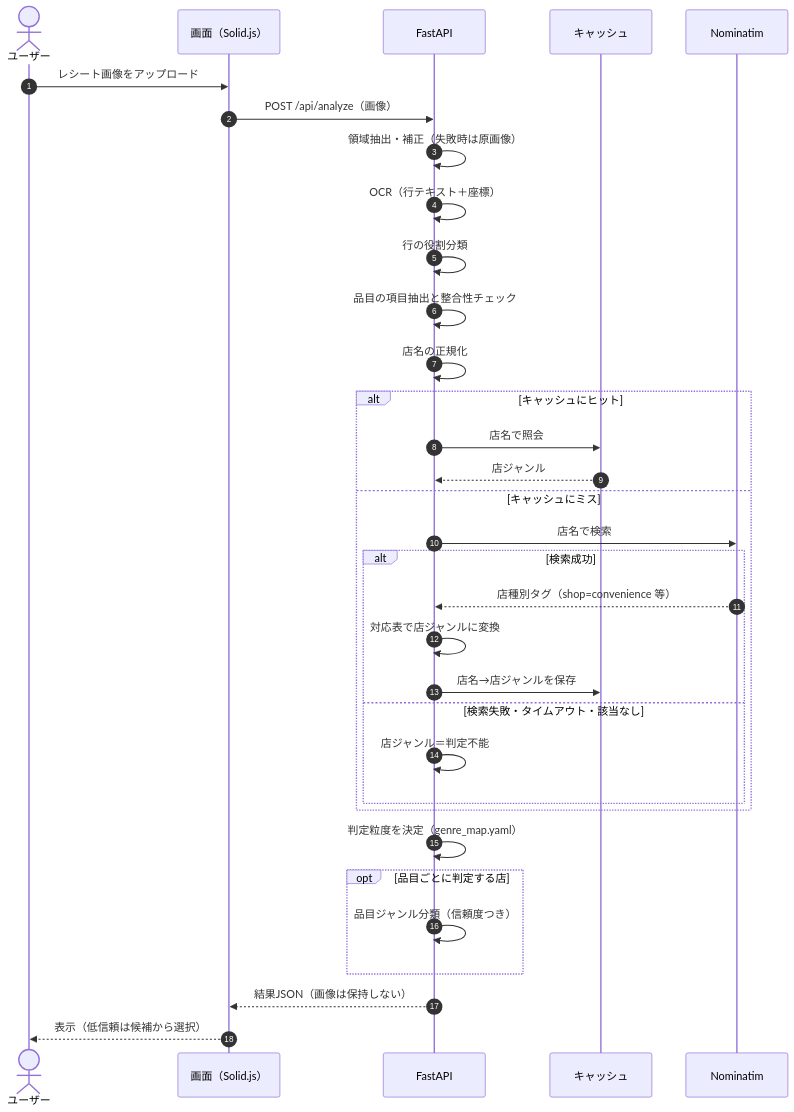
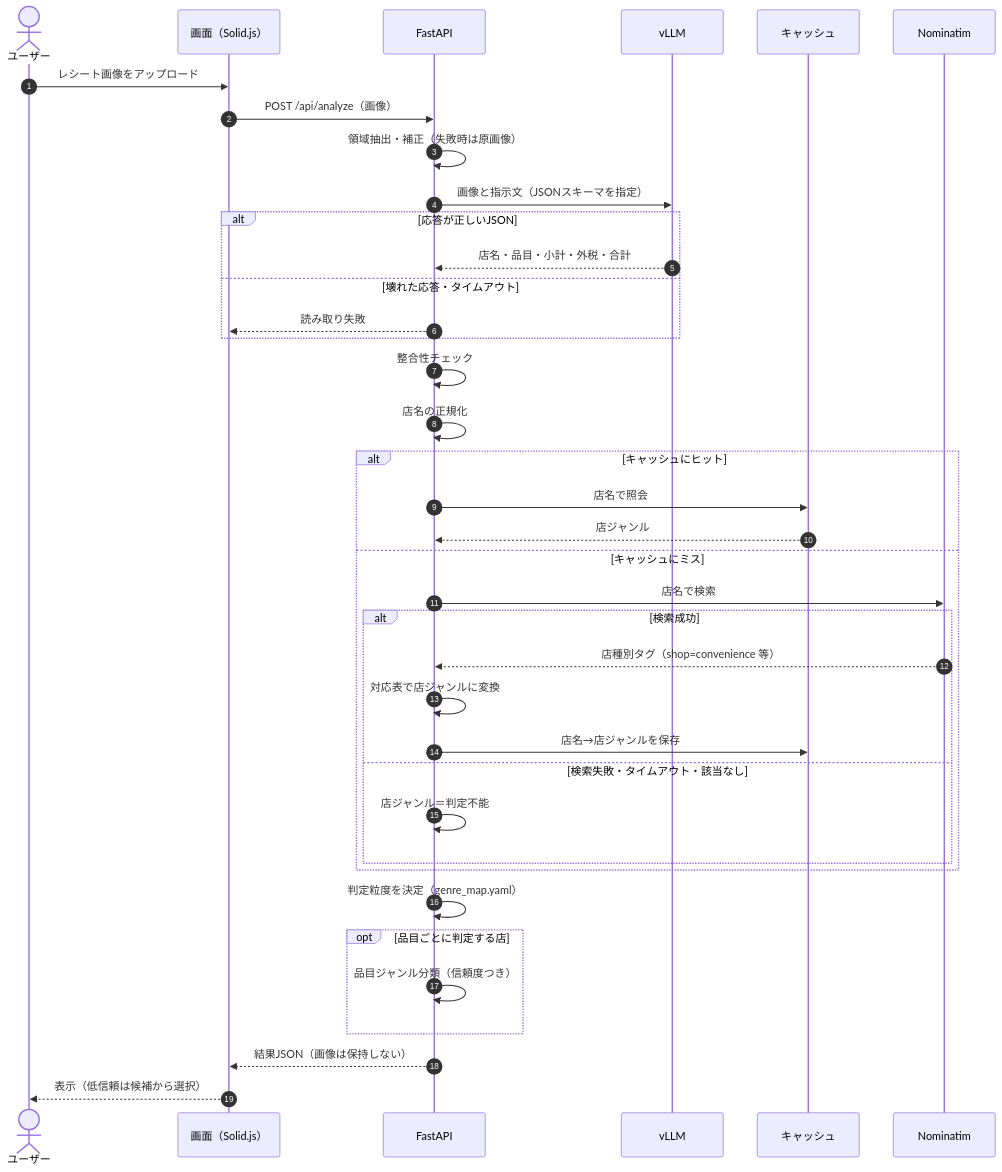
The second of 4 diagrams in docs/architecture.md (ndac-todoroki/receipt-tagger), drawn with Mermaid before and after one commit. The commit also changed other lines of this file and 2 other files, not shown here.

````diff
--- a/docs/architecture.md
+++ b/docs/architecture.md
@@ -82,39 +86,44 @@
 ```mermaid
 sequenceDiagram
     autonumber
     actor User as ユーザー
     participant Web as 画面（Solid.js）
     participant Inf as FastAPI
+    participant VLM as vLLM
     participant Cache as キャッシュ
     participant Search as Nominatim
 
     User->>Web: レシート画像をアップロード
     Web->>Inf: POST /api/analyze（画像）
     Inf->>Inf: 領域抽出・補正（失敗時は原画像）
-    Inf->>Inf: OCR（行テキスト＋座標）
-    Inf->>Inf: 行の役割分類
-    Inf->>Inf: 品目の項目抽出と整合性チェック
+    Inf->>VLM: 画像と指示文（JSONスキーマを指定）
+    alt 応答が正しいJSON
+        VLM-->>Inf: 店名・品目・小計・外税・合計
+    else 壊れた応答・タイムアウト
+        Inf-->>Web: 読み取り失敗
+    end
+    Inf->>Inf: 整合性チェック
     Inf->>Inf: 店名の正規化
 
     alt キャッシュにヒット
         Inf->>Cache: 店名で照会
         Cache-->>Inf: 店ジャンル
     else キャッシュにミス
         Inf->>Search: 店名で検索
         alt 検索成功
             Search-->>Inf: 店種別タグ（shop=convenience 等）
             Inf->>Inf: 対応表で店ジャンルに変換
             Inf->>Cache: 店名→店ジャンルを保存
         else 検索失敗・タイムアウト・該当なし
             Inf->>Inf: 店ジャンル＝判定不能
         end
     end
 
     Inf->>Inf: 判定粒度を決定（genre_map.yaml）
     opt 品目ごとに判定する店
         Inf->>Inf: 品目ジャンル分類（信頼度つき）
     end
 
     Inf-->>Web: 結果JSON（画像は保持しない）
     Web-->>User: 表示（低信頼は候補から選択）
 ```
````
